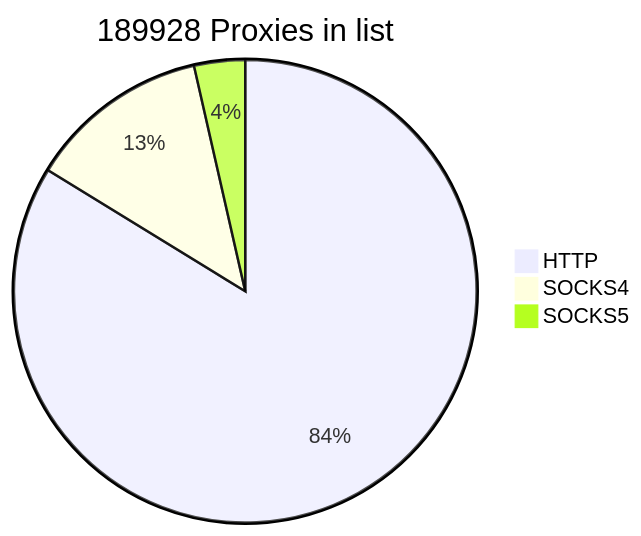
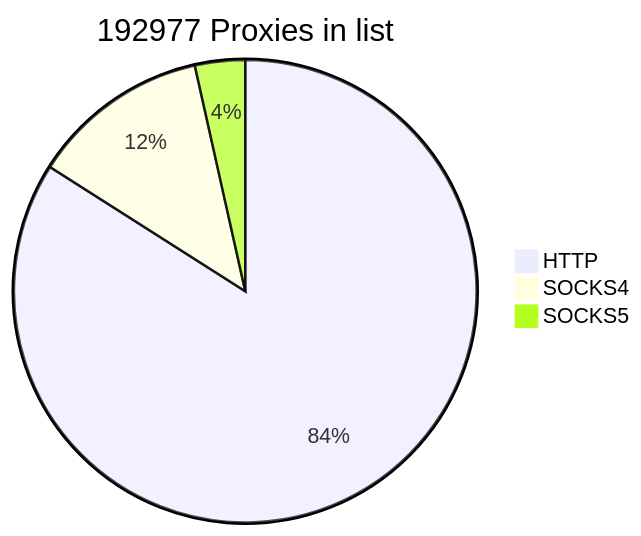
One commit to cutipu/proxylist changed the first of 2 diagrams in README.md. Above: the diagram before and after it, drawn with Mermaid. The commit also changed other lines of this file, not shown here.

````diff
--- a/README.md
+++ b/README.md
@@ -2,7 +2,7 @@
 ```mermaid
-pie title 189928 Proxies in list
-    "HTTP" : 159085
-    "SOCKS4" : 24082
-    "SOCKS5" : 6761
+pie title 192977 Proxies in list
+    "HTTP" : 162134
+    "SOCKS4" : 24084
+    "SOCKS5" : 6759
             
 ```
````
